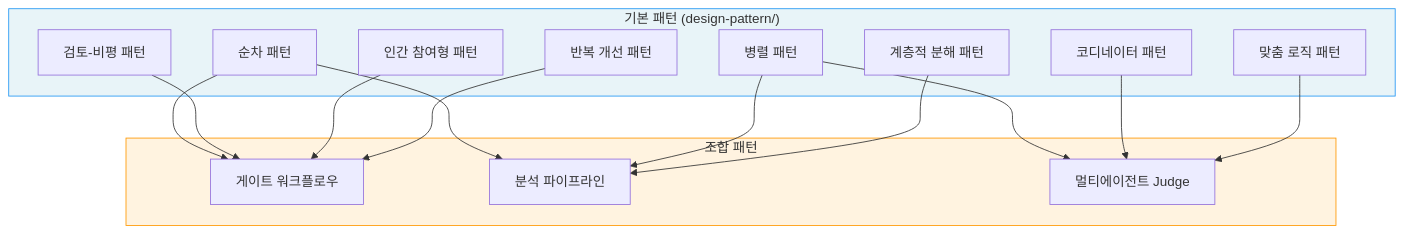
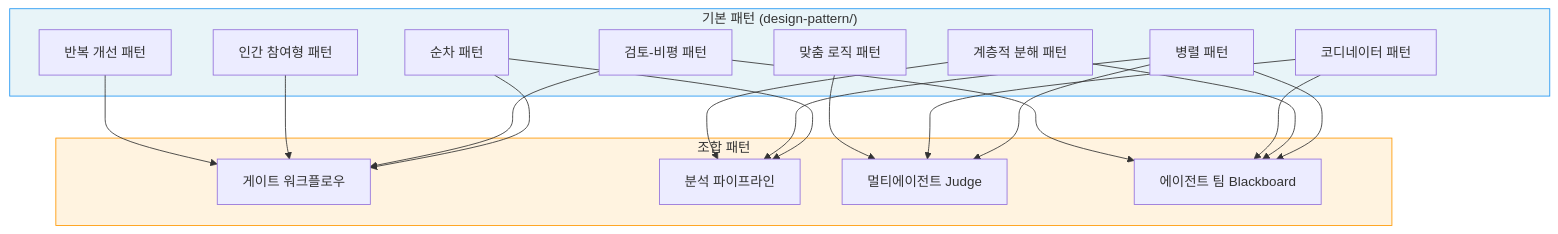
Before and after one commit to kimchanhyung98/agentic-workflows: the first of 2 diagrams in pattern-composition/00-diagram.md, drawn with Mermaid. The commit also changed other lines of this file and 4 other files, not shown here.

````diff
--- a/pattern-composition/00-diagram.md
+++ b/pattern-composition/00-diagram.md
@@ -9,35 +9,41 @@
 ```mermaid
 flowchart TD
     subgraph Base["기본 패턴 (design-pattern/)"]
         SEQ["순차 패턴"]
         PAR["병렬 패턴"]
         REV["검토-비평 패턴"]
         ITER["반복 개선 패턴"]
         HITL["인간 참여형 패턴"]
         HIER["계층적 분해 패턴"]
         COORD["코디네이터 패턴"]
         CUST["맞춤 로직 패턴"]
     end
 
     subgraph Composed["조합 패턴"]
         GW["게이트 워크플로우"]
         AP["분석 파이프라인"]
         MAJ["멀티에이전트 Judge"]
+        TB["에이전트 팀 Blackboard"]
     end
 
     SEQ --> GW
     REV --> GW
     HITL --> GW
     ITER --> GW
 
     SEQ --> AP
     PAR --> AP
     HIER --> AP
 
     PAR --> MAJ
     COORD --> MAJ
     CUST --> MAJ
 
+    PAR --> TB
+    HIER --> TB
+    COORD --> TB
+    REV --> TB
+
     style Base fill:#e8f4f8,stroke:#2196F3
     style Composed fill:#fff3e0,stroke:#FF9800
 ```
````
